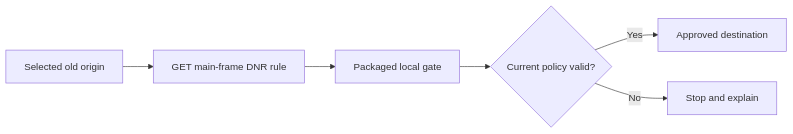
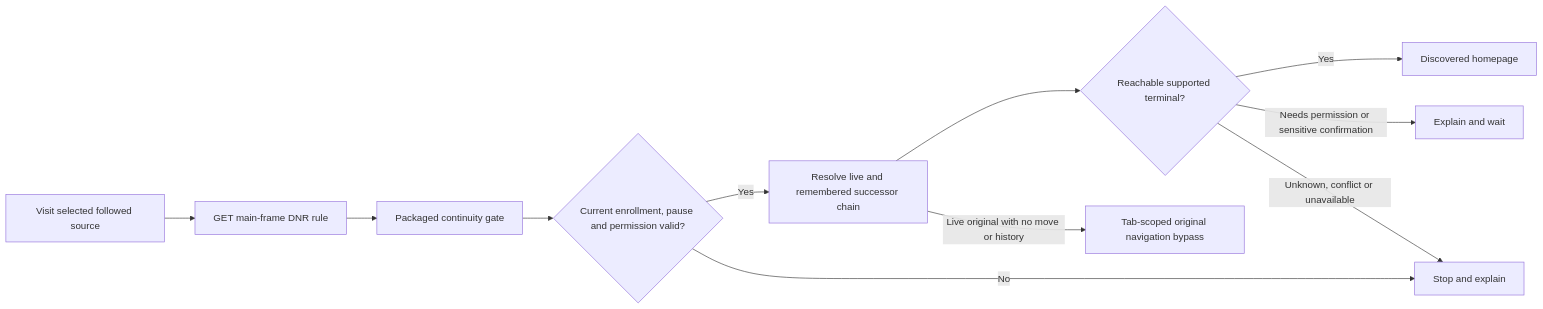
One commit to satyamsahu40678/web-switcher changed the second of 3 diagrams in docs/ARCHITECTURE.md. Above: the diagram before and after it, drawn with Mermaid. The commit also changed other lines of this file and 34 other files, not shown here.

Commit message:
Discover current domains from source-only successor chains

````diff
--- a/docs/ARCHITECTURE.md
+++ b/docs/ARCHITECTURE.md
@@ -22,8 +44,13 @@
-```mermaid
+~~~mermaid
 flowchart LR
-    A[Selected old origin] --> B[GET main-frame DNR rule]
-    B --> C[Packaged local gate]
-    C --> D{Current policy valid?}
-    D -->|Yes| E[Approved destination]
-    D -->|No| F[Stop and explain]
-```
+    A[Visit selected followed source] --> B[GET main-frame DNR rule]
+    B --> C[Packaged continuity gate]
+    C --> D{Current enrollment, pause and permission valid?}
+    D -->|Yes| E[Resolve live and remembered successor chain]
+    E --> F{Reachable supported terminal?}
+    F -->|Yes| G[Discovered homepage]
+    F -->|Needs permission or sensitive confirmation| H[Explain and wait]
+    F -->|Unknown, conflict or unavailable| I[Stop and explain]
+    E -->|Live original with no move or history| J[Tab-scoped original navigation bypass]
+    D -->|No| I
+~~~
````
